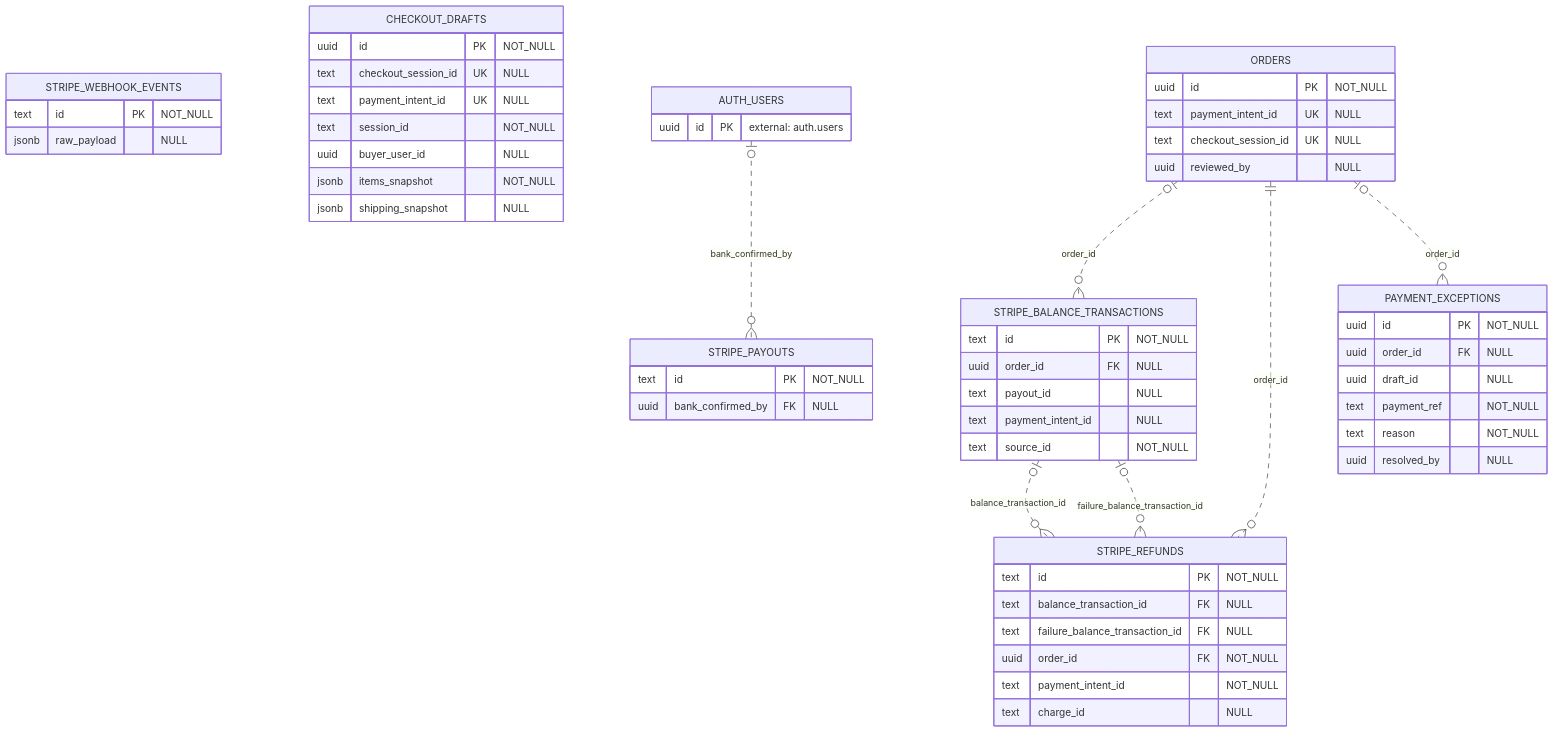
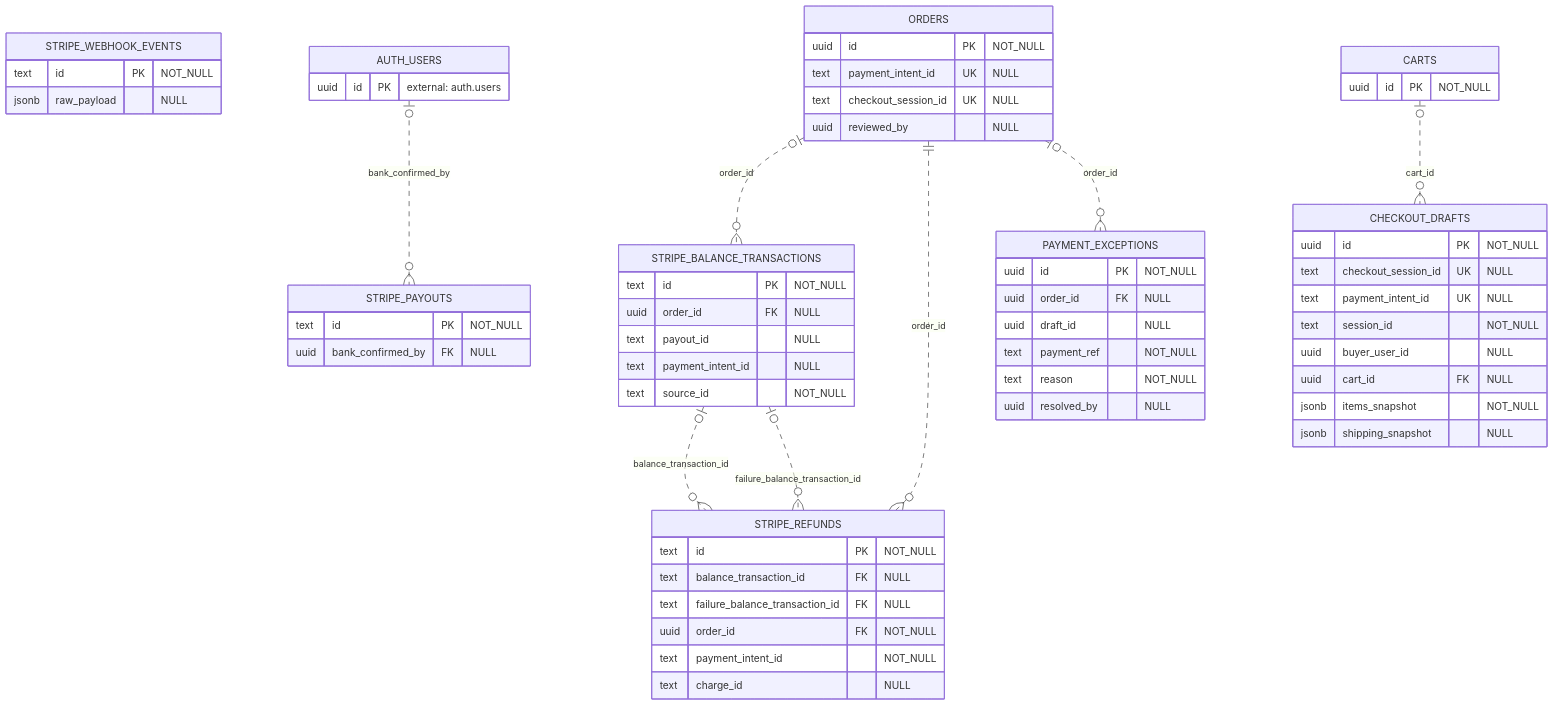
The fourth of 12 diagrams in docs/03_BasicDesign/data/er.md (ChocoWork/o_official), drawn with Mermaid before and after one commit. The commit also changed other lines of this file and 22 other files, not shown here.

````diff
--- a/docs/03_BasicDesign/data/er.md
+++ b/docs/03_BasicDesign/data/er.md
@@ -207,58 +233,63 @@
 ```mermaid
 erDiagram
   STRIPE_BALANCE_TRANSACTIONS {
     text id PK "NOT_NULL"
     uuid order_id FK "NULL"
     text payout_id "NULL"
     text payment_intent_id "NULL"
     text source_id "NOT_NULL"
   }
   STRIPE_REFUNDS {
     text id PK "NOT_NULL"
     text balance_transaction_id FK "NULL"
     text failure_balance_transaction_id FK "NULL"
     uuid order_id FK "NOT_NULL"
     text payment_intent_id "NOT_NULL"
     text charge_id "NULL"
   }
   STRIPE_PAYOUTS {
     text id PK "NOT_NULL"
     uuid bank_confirmed_by FK "NULL"
   }
   PAYMENT_EXCEPTIONS {
     uuid id PK "NOT_NULL"
     uuid order_id FK "NULL"
     uuid draft_id "NULL"
     text payment_ref "NOT_NULL"
     text reason "NOT_NULL"
     uuid resolved_by "NULL"
   }
   STRIPE_WEBHOOK_EVENTS {
     text id PK "NOT_NULL"
     jsonb raw_payload "NULL"
   }
   CHECKOUT_DRAFTS {
     uuid id PK "NOT_NULL"
     text checkout_session_id UK "NULL"
     text payment_intent_id UK "NULL"
     text session_id "NOT_NULL"
     uuid buyer_user_id "NULL"
+    uuid cart_id FK "NULL"
     jsonb items_snapshot "NOT_NULL"
     jsonb shipping_snapshot "NULL"
+  }
+  CARTS {
+    uuid id PK "NOT_NULL"
   }
   ORDERS {
     uuid id PK "NOT_NULL"
     text payment_intent_id UK "NULL"
     text checkout_session_id UK "NULL"
     uuid reviewed_by "NULL"
   }
   AUTH_USERS {
     uuid id PK "external: auth.users"
   }
+  CARTS |o..o{ CHECKOUT_DRAFTS : "cart_id"
   ORDERS |o..o{ STRIPE_BALANCE_TRANSACTIONS : "order_id"
   AUTH_USERS |o..o{ STRIPE_PAYOUTS : "bank_confirmed_by"
   STRIPE_BALANCE_TRANSACTIONS |o..o{ STRIPE_REFUNDS : "balance_transaction_id"
   STRIPE_BALANCE_TRANSACTIONS |o..o{ STRIPE_REFUNDS : "failure_balance_transaction_id"
   ORDERS ||..o{ STRIPE_REFUNDS : "order_id"
   ORDERS |o..o{ PAYMENT_EXCEPTIONS : "order_id"
 ```
````
